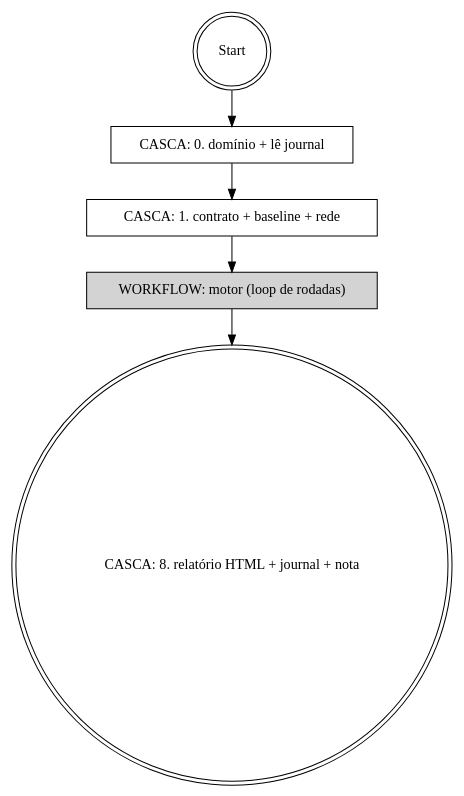
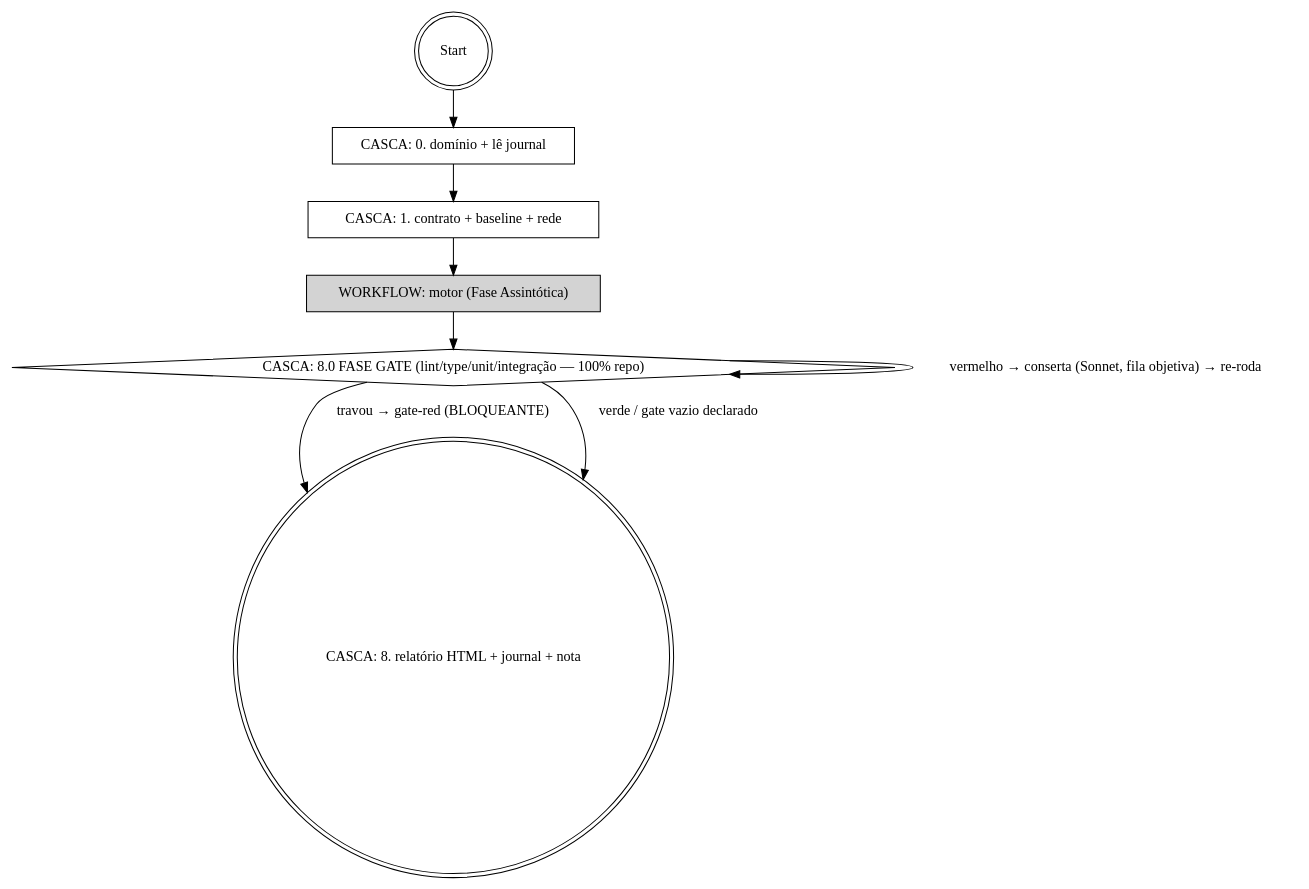
The first of 2 diagrams in plugins/qa-loop/skills/qa-loop/SKILL.md (pedroberaldo87/pedro-plugins), drawn with Graphviz before and after one commit. The commit also changed other lines of this file and 4 other files, not shown here.

First line of the commit message:
feat(qa-loop): duas fases — review assintótico + Fase Gate absoluta (v1.3.0)

````diff
--- a/plugins/qa-loop/skills/qa-loop/SKILL.md
+++ b/plugins/qa-loop/skills/qa-loop/SKILL.md
@@ -69,14 +92,18 @@
 ```dot
 digraph qa_loop {
     rankdir=TB;
     "Start" [shape=doublecircle];
     "CASCA: 0. domínio + lê journal" [shape=box];
     "CASCA: 1. contrato + baseline + rede" [shape=box];
-    "WORKFLOW: motor (loop de rodadas)" [shape=box, style=filled];
+    "WORKFLOW: motor (Fase Assintótica)" [shape=box, style=filled];
+    "CASCA: 8.0 FASE GATE (lint/type/unit/integração — 100% repo)" [shape=diamond];
     "CASCA: 8. relatório HTML + journal + nota" [shape=doublecircle];
 
     "Start" -> "CASCA: 0. domínio + lê journal" -> "CASCA: 1. contrato + baseline + rede";
-    "CASCA: 1. contrato + baseline + rede" -> "WORKFLOW: motor (loop de rodadas)";
-    "WORKFLOW: motor (loop de rodadas)" -> "CASCA: 8. relatório HTML + journal + nota";
+    "CASCA: 1. contrato + baseline + rede" -> "WORKFLOW: motor (Fase Assintótica)";
+    "WORKFLOW: motor (Fase Assintótica)" -> "CASCA: 8.0 FASE GATE (lint/type/unit/integração — 100% repo)";
+    "CASCA: 8.0 FASE GATE (lint/type/unit/integração — 100% repo)" -> "CASCA: 8.0 FASE GATE (lint/type/unit/integração — 100% repo)" [label="vermelho → conserta (Sonnet, fila objetiva) → re-roda"];
+    "CASCA: 8.0 FASE GATE (lint/type/unit/integração — 100% repo)" -> "CASCA: 8. relatório HTML + journal + nota" [label="travou → gate-red (BLOQUEANTE)"];
+    "CASCA: 8.0 FASE GATE (lint/type/unit/integração — 100% repo)" -> "CASCA: 8. relatório HTML + journal + nota" [label="verde / gate vazio declarado"];
 }
 ```
````
